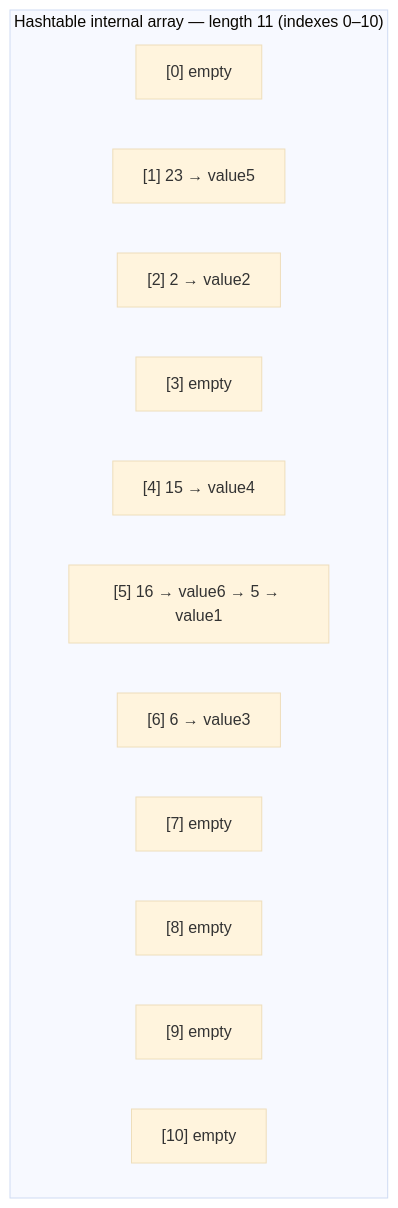
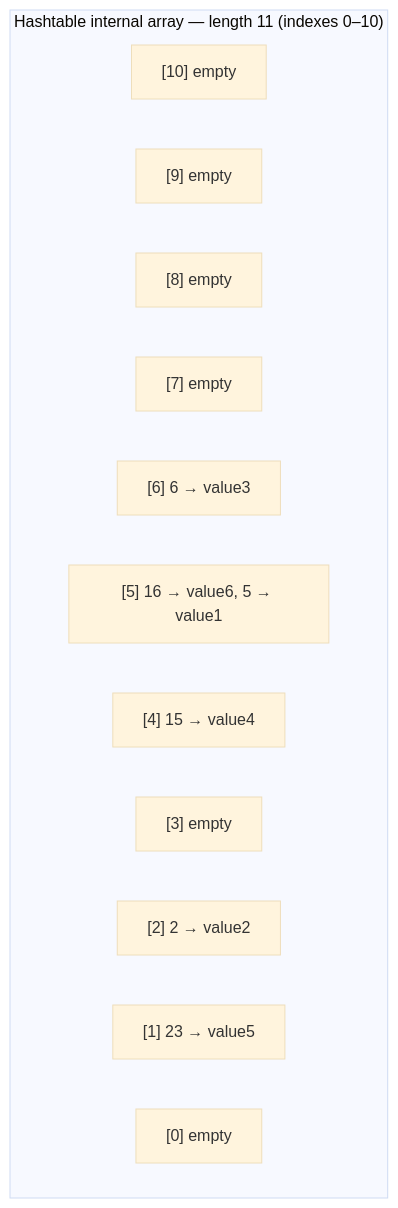
The fifth of 13 diagrams in docs/concepts/collections/collections.md (chaitussm/Java-Project), drawn with Mermaid (base theme) before and after one commit. The commit also changed other lines of this file and 1 other file, not shown here.

First line of the commit message:
Add whiteboard-style Hashtable bucket diagram to collections guide

````diff
--- a/docs/concepts/collections/collections.md
+++ b/docs/concepts/collections/collections.md
@@ -703,16 +757,16 @@
 ```mermaid
 flowchart TB
   subgraph buckets ["Hashtable internal array — length 11 (indexes 0–10)"]
+    B10["[10] empty"]
+    B9["[9] empty"]
+    B8["[8] empty"]
+    B7["[7] empty"]
+    B6["[6] 6 → value3"]
+    B5["[5] 16 → value6, 5 → value1"]
+    B4["[4] 15 → value4"]
+    B3["[3] empty"]
+    B2["[2] 2 → value2"]
+    B1["[1] 23 → value5"]
     B0["[0] empty"]
-    B1["[1] 23 → value5"]
-    B2["[2] 2 → value2"]
-    B3["[3] empty"]
-    B4["[4] 15 → value4"]
-    B5["[5] 16 → value6 → 5 → value1"]
-    B6["[6] 6 → value3"]
-    B7["[7] empty"]
-    B8["[8] empty"]
-    B9["[9] empty"]
-    B10["[10] empty"]
   end
 ```
````
